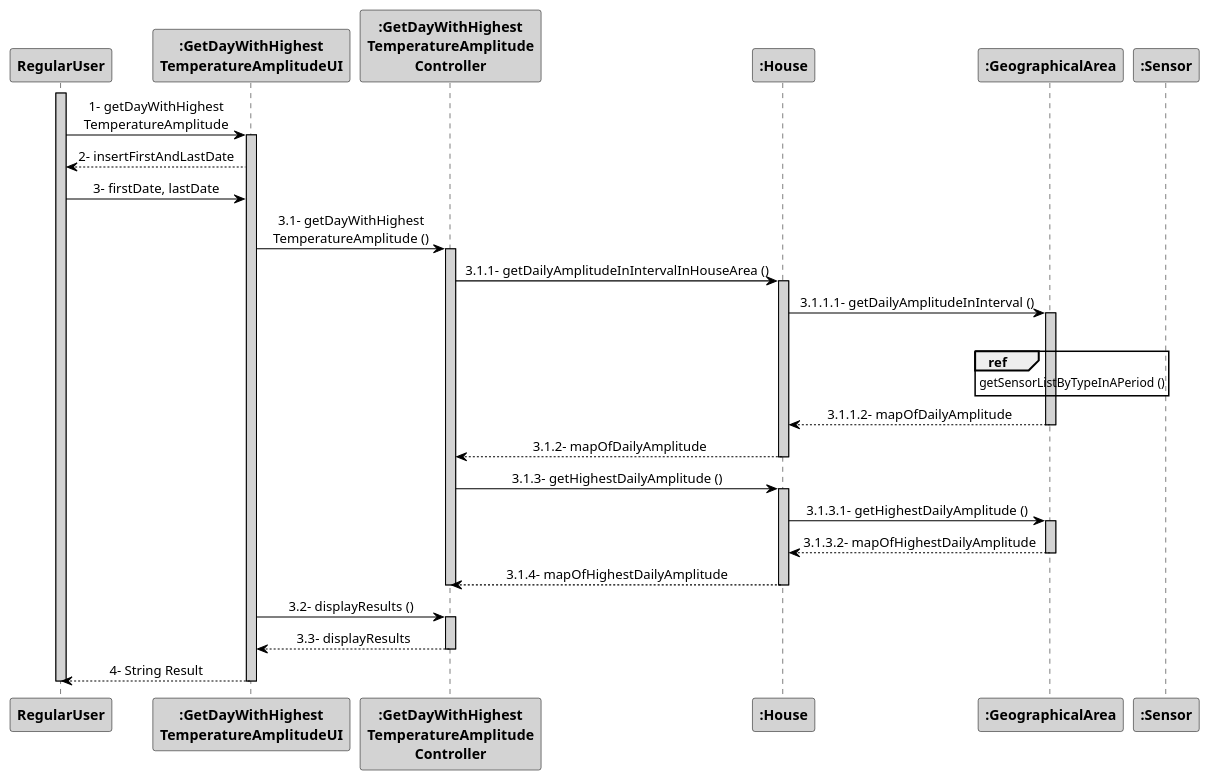
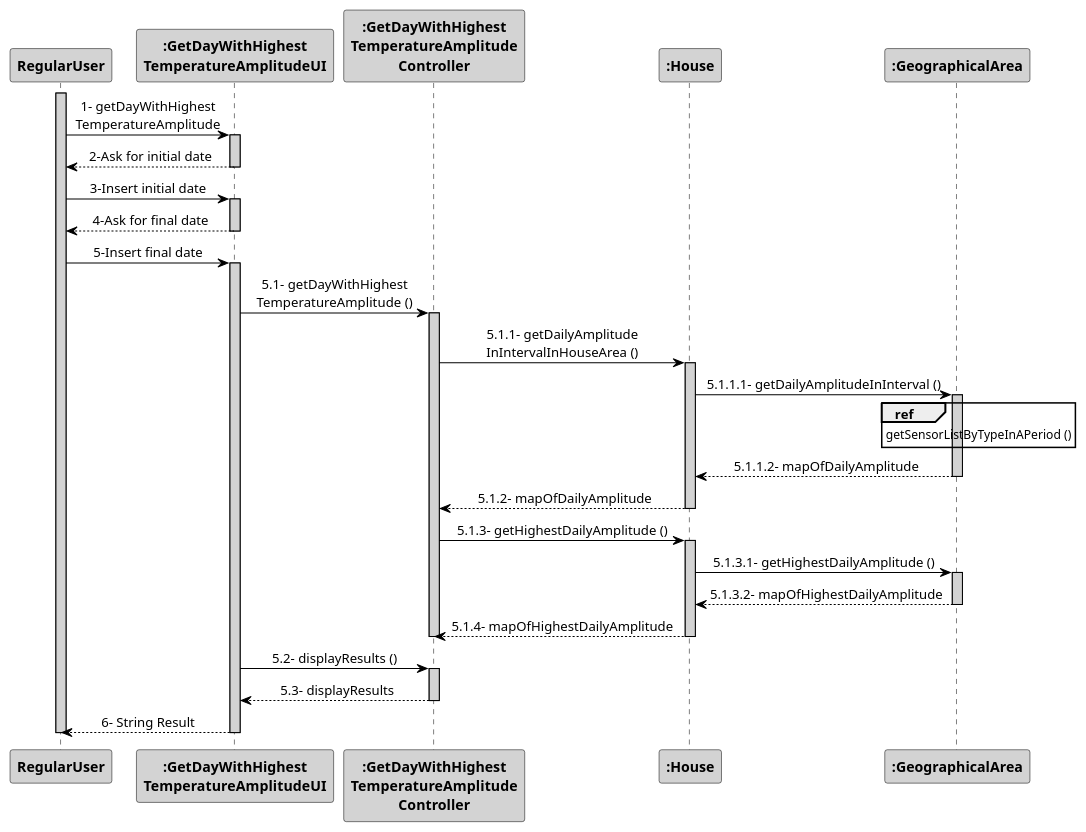
The diagram in src/main/java/pt/ipp/isep/dei/project/controllers/getDayWithHighestTemperatureAmplitudeController/SD_getDayWithHighestTemperatureAmplitude.puml (1181687/hateoasToy), drawn with PlantUML before and after one commit.

Commit message:
Addresses #120 last modification in sequence diagram GetDayWithHighestTemperatureAmplitude

```diff
--- a/src/main/java/pt/ipp/isep/dei/project/controllers/getDayWithHighestTemperatureAmplitudeController/SD_getDayWithHighestTemperatureAmplitude.puml
+++ b/src/main/java/pt/ipp/isep/dei/project/controllers/getDayWithHighestTemperatureAmplitudeController/SD_getDayWithHighestTemperatureAmplitude.puml
@@ -1,56 +1,62 @@
 @startuml
 skinparam sequenceMessageAlign center
 skinparam sequence {
 	ArrowColor Black
 	ActorBorderColor DarkBlue
 	LifeLineBorderColor black
 	LifeLineBackgroundColor LightGrey
 
 	ParticipantBorderColor Black
 	ParticipantBackgroundColor LightGrey
 	ParticipantFontStyle Bold
 
 	ActorBackgroundColor DimGrey
 	ActorFontColor DeepSkyBlue
 	ActorFontStyle Bold
 	ActorFontSize 17
 	ActorFontName Aapex
 }
 activate RegularUser
 actor RegularUser
 RegularUser -> ":GetDayWithHighest\nTemperatureAmplitudeUI": 1- getDayWithHighest\nTemperatureAmplitude
 activate ":GetDayWithHighest\nTemperatureAmplitudeUI"
-":GetDayWithHighest\nTemperatureAmplitudeUI" --> RegularUser: 2- insertFirstAndLastDate
-RegularUser -> ":GetDayWithHighest\nTemperatureAmplitudeUI": 3- firstDate, lastDate
-":GetDayWithHighest\nTemperatureAmplitudeUI" -> ":GetDayWithHighest\nTemperatureAmplitude\nController": 3.1- getDayWithHighest\nTemperatureAmplitude ()
+
+":GetDayWithHighest\nTemperatureAmplitudeUI" --> "RegularUser": 2-Ask for initial date
+deactivate ":GetDayWithHighest\nTemperatureAmplitudeUI"
+":GetDayWithHighest\nTemperatureAmplitudeUI" <- "RegularUser": 3-Insert initial date
+activate ":GetDayWithHighest\nTemperatureAmplitudeUI"
+":GetDayWithHighest\nTemperatureAmplitudeUI" --> "RegularUser": 4-Ask for final date
+deactivate ":GetDayWithHighest\nTemperatureAmplitudeUI"
+":GetDayWithHighest\nTemperatureAmplitudeUI" <- "RegularUser": 5-Insert final date
+activate ":GetDayWithHighest\nTemperatureAmplitudeUI"
+":GetDayWithHighest\nTemperatureAmplitudeUI" -> ":GetDayWithHighest\nTemperatureAmplitude\nController": 5.1- getDayWithHighest\nTemperatureAmplitude ()
 activate ":GetDayWithHighest\nTemperatureAmplitude\nController"
-":GetDayWithHighest\nTemperatureAmplitude\nController"-> ":House": 3.1.1- getDailyAmplitudeInIntervalInHouseArea ()
+":GetDayWithHighest\nTemperatureAmplitude\nController"-> ":House": 5.1.1- getDailyAmplitude\nInIntervalInHouseArea ()
 activate ":House"
-":House" -> ":GeographicalArea": 3.1.1.1- getDailyAmplitudeInInterval ()
+":House" -> ":GeographicalArea": 5.1.1.1- getDailyAmplitudeInInterval ()
 activate ":GeographicalArea"
 ref over ":GeographicalArea"
 getSensorListByTypeInAPeriod ()
 end
-deactivate ":Sensor"
-":House" <-- ":GeographicalArea": 3.1.1.2- mapOfDailyAmplitude
+":House" <-- ":GeographicalArea": 5.1.1.2- mapOfDailyAmplitude
 deactivate ":GeographicalArea"
-":GetDayWithHighest\nTemperatureAmplitude\nController"<-- ":House": 3.1.2- mapOfDailyAmplitude
+":GetDayWithHighest\nTemperatureAmplitude\nController"<-- ":House": 5.1.2- mapOfDailyAmplitude
 deactivate ":House"
-":GetDayWithHighest\nTemperatureAmplitude\nController" -> ":House": 3.1.3- getHighestDailyAmplitude ()
+":GetDayWithHighest\nTemperatureAmplitude\nController" -> ":House": 5.1.3- getHighestDailyAmplitude ()
 activate ":House"
-":House" -> ":GeographicalArea": 3.1.3.1- getHighestDailyAmplitude ()
+":House" -> ":GeographicalArea": 5.1.3.1- getHighestDailyAmplitude ()
 activate ":GeographicalArea"
-":House" <-- ":GeographicalArea": 3.1.3.2- mapOfHighestDailyAmplitude
+":House" <-- ":GeographicalArea": 5.1.3.2- mapOfHighestDailyAmplitude
 deactivate ":GeographicalArea"
-":GetDayWithHighest\nTemperatureAmplitude\nController" <-- ":House": 3.1.4- mapOfHighestDailyAmplitude
+":GetDayWithHighest\nTemperatureAmplitude\nController" <-- ":House": 5.1.4- mapOfHighestDailyAmplitude
 deactivate ":House"
 deactivate ":GetDayWithHighest\nTemperatureAmplitude\nController"
-":GetDayWithHighest\nTemperatureAmplitudeUI" -> ":GetDayWithHighest\nTemperatureAmplitude\nController": 3.2- displayResults ()
+":GetDayWithHighest\nTemperatureAmplitudeUI" -> ":GetDayWithHighest\nTemperatureAmplitude\nController": 5.2- displayResults ()
 activate ":GetDayWithHighest\nTemperatureAmplitude\nController"
-":GetDayWithHighest\nTemperatureAmplitudeUI" <-- ":GetDayWithHighest\nTemperatureAmplitude\nController": 3.3- displayResults
+":GetDayWithHighest\nTemperatureAmplitudeUI" <-- ":GetDayWithHighest\nTemperatureAmplitude\nController": 5.3- displayResults
 deactivate ":GetDayWithHighest\nTemperatureAmplitude\nController"
 
-RegularUser <-- ":GetDayWithHighest\nTemperatureAmplitudeUI": 4- String Result
+RegularUser <-- ":GetDayWithHighest\nTemperatureAmplitudeUI": 6- String Result
 deactivate ":GetDayWithHighest\nTemperatureAmplitudeUI"
 deactivate RegularUser
 @enduml
```
